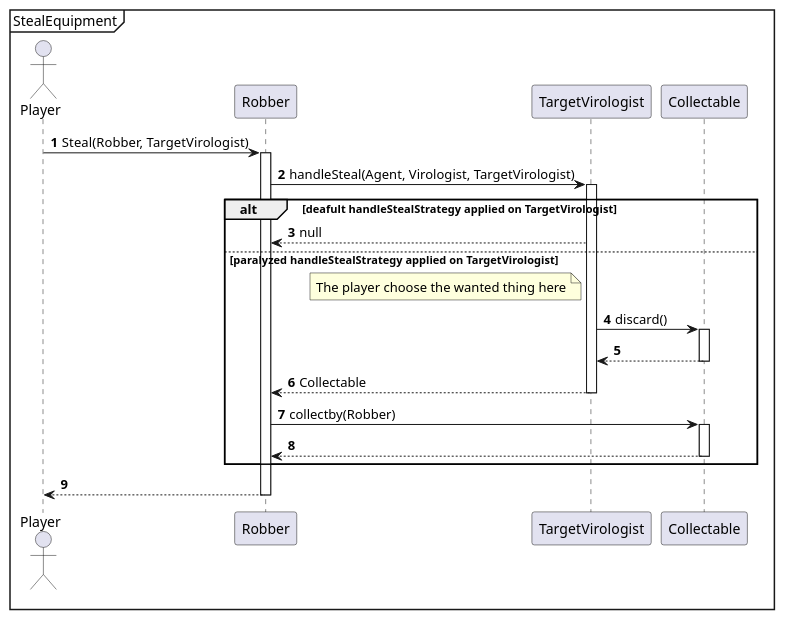
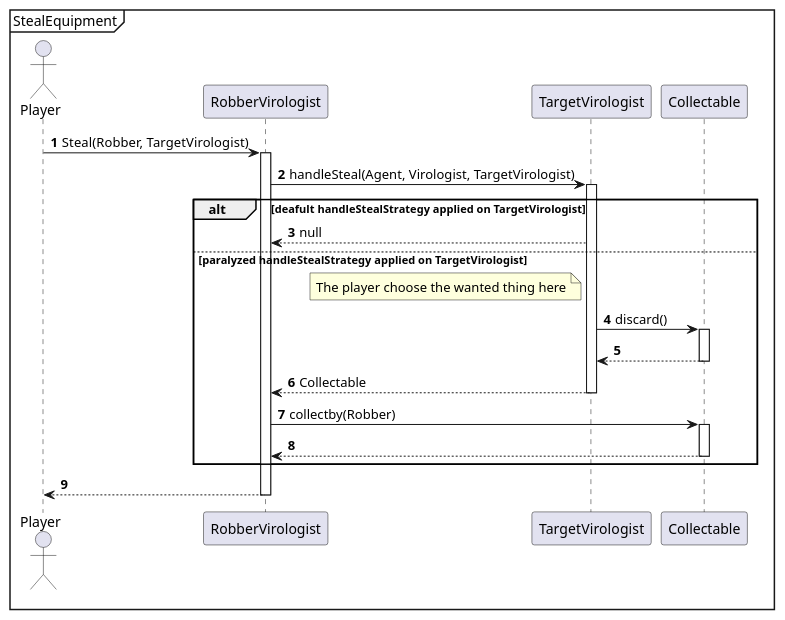
Before and after one commit to Projlab-csb/projlab-virologus: the diagram in sequence-diagram/Matter&Equipment actions/AlterSteal.puml, drawn with PlantUML.

```diff
--- a/sequence-diagram/Matter&Equipment actions/AlterSteal.puml
+++ b/sequence-diagram/Matter&Equipment actions/AlterSteal.puml
@@ -1,33 +1,33 @@
 @startuml
 'https://plantuml.com/sequence-diagram
 autonumber
 
 mainframe StealEquipment
 
 actor Player
 
-Player -> Robber++: Steal(Robber, TargetVirologist)
+Player -> RobberVirologist++: Steal(Robber, TargetVirologist)
 'így csak egy interface kell, lehet ez jobb is, mint különszedve (CD-n viszont még hagytam a kettőt))
 
-Robber -> TargetVirologist++: handleSteal(Agent, Virologist, TargetVirologist)
+RobberVirologist -> TargetVirologist++: handleSteal(Agent, Virologist, TargetVirologist)
 
 
 
 alt deafult handleStealStrategy applied on TargetVirologist
-    TargetVirologist -->Robber: null
+    TargetVirologist -->RobberVirologist: null
 else paralyzed handleStealStrategy applied on TargetVirologist
 
         note left TargetVirologist
             The player choose the wanted thing here
         end note
 
         TargetVirologist->Collectable++:discard()
         Collectable-->TargetVirologist--
 
-    TargetVirologist -->Robber--: Collectable
-    Robber->Collectable++:collectby(Robber)
-    Collectable-->Robber--:
+    TargetVirologist -->RobberVirologist--: Collectable
+    RobberVirologist->Collectable++:collectby(Robber)
+    Collectable-->RobberVirologist--:
 end
 
-Robber --> Player --
+RobberVirologist --> Player --
 @enduml
```
